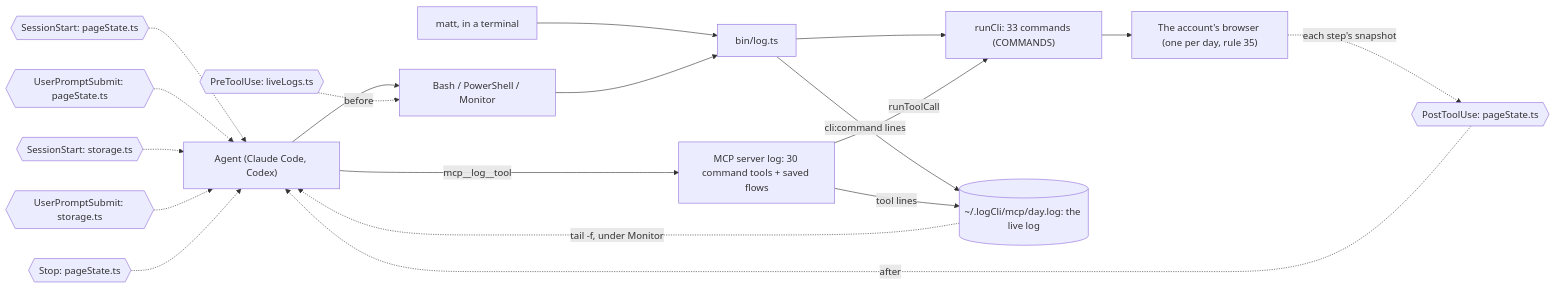
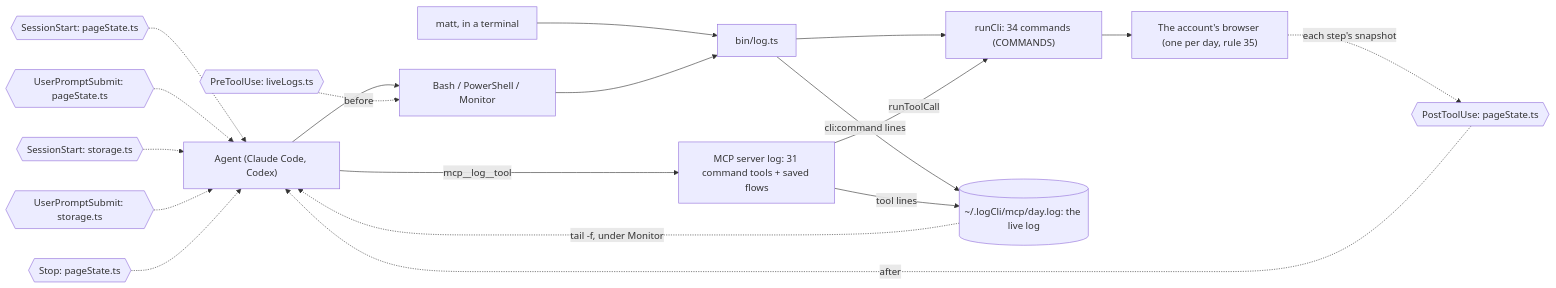
The second of 5 diagrams in README.md (matthewdonsemail-lab/log), drawn with Mermaid before and after one commit. The commit also changed other lines of this file and 63 other files, not shown here.

````diff
--- a/README.md
+++ b/README.md
@@ -87,29 +87,29 @@
 ```mermaid
 flowchart LR
   agent["Agent (Claude Code, Codex)"]
   matt["matt, in a terminal"]
   shell["Bash / PowerShell / Monitor"]
-  mcp["MCP server log: 30 command tools + saved flows"]
+  mcp["MCP server log: 31 command tools + saved flows"]
   bin["bin/log.ts"]
-  runCli["runCli: 33 commands (COMMANDS)"]
+  runCli["runCli: 34 commands (COMMANDS)"]
   live[("~/.logCli/mcp/day.log: the live log")]
   browser["The account's browser (one per day, rule 35)"]
   agent --> shell
   matt --> bin
   shell --> bin
   agent -->|mcp__log__tool| mcp
   bin --> runCli
   mcp -->|runToolCall| runCli
   runCli --> browser
   bin -->|cli:command lines| live
   mcp -->|tool lines| live
   live -.->|tail -f, under Monitor| agent
   pre0{{"PreToolUse: liveLogs.ts"}} -.->|before| shell
   post0{{"PostToolUse: pageState.ts"}} -.->|after| agent
   turn0{{"SessionStart: pageState.ts"}} -.-> agent
   turn1{{"UserPromptSubmit: pageState.ts"}} -.-> agent
   turn2{{"SessionStart: storage.ts"}} -.-> agent
   turn3{{"UserPromptSubmit: storage.ts"}} -.-> agent
   turn4{{"Stop: pageState.ts"}} -.-> agent
   browser -.->|each step's snapshot| post0
 ```
````
